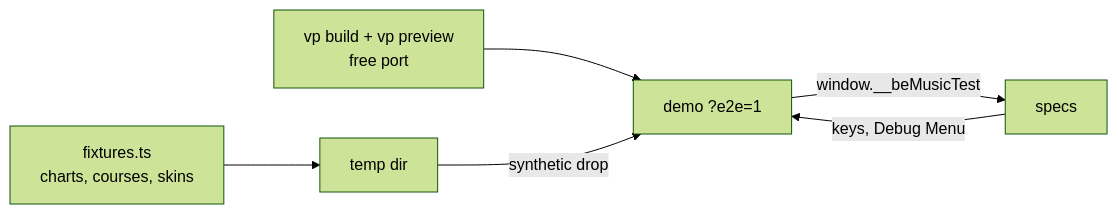
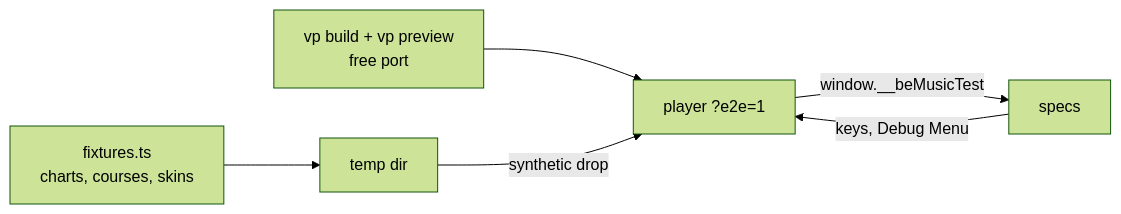
The diagram in docs/course-checklist.md (nulltask/be-music), drawn with Mermaid (forest theme) before and after one commit. The commit also changed other lines of this file and 153 other files, not shown here.

````diff
--- a/docs/course-checklist.md
+++ b/docs/course-checklist.md
@@ -11,8 +11,8 @@
 ```mermaid
 flowchart LR
   fixtures["fixtures.ts<br/>charts, courses, skins"] --> tmp["temp dir"]
-  build["vp build + vp preview<br/>free port"] --> page["demo ?e2e=1"]
+  build["vp build + vp preview<br/>free port"] --> page["player ?e2e=1"]
   tmp -->|synthetic drop| page
   specs["specs"] -->|keys, Debug Menu| page
   page -->|"window.__beMusicTest"| specs
 ```
````
